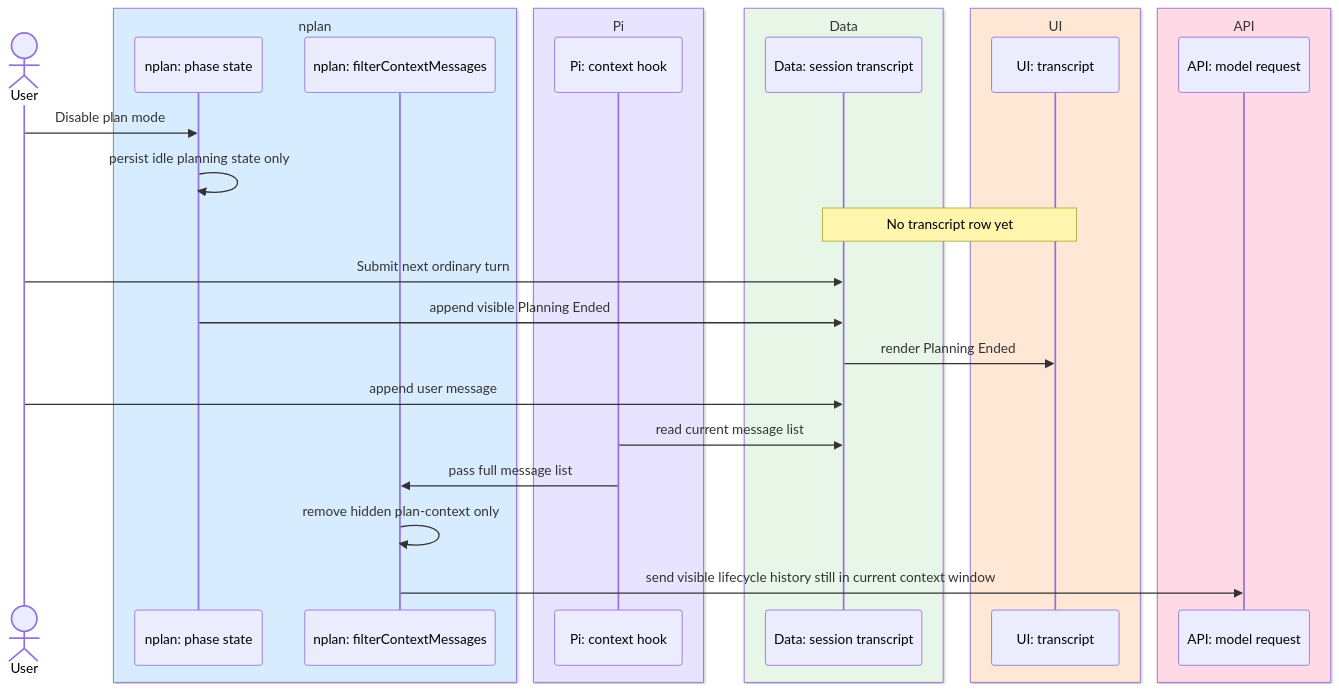
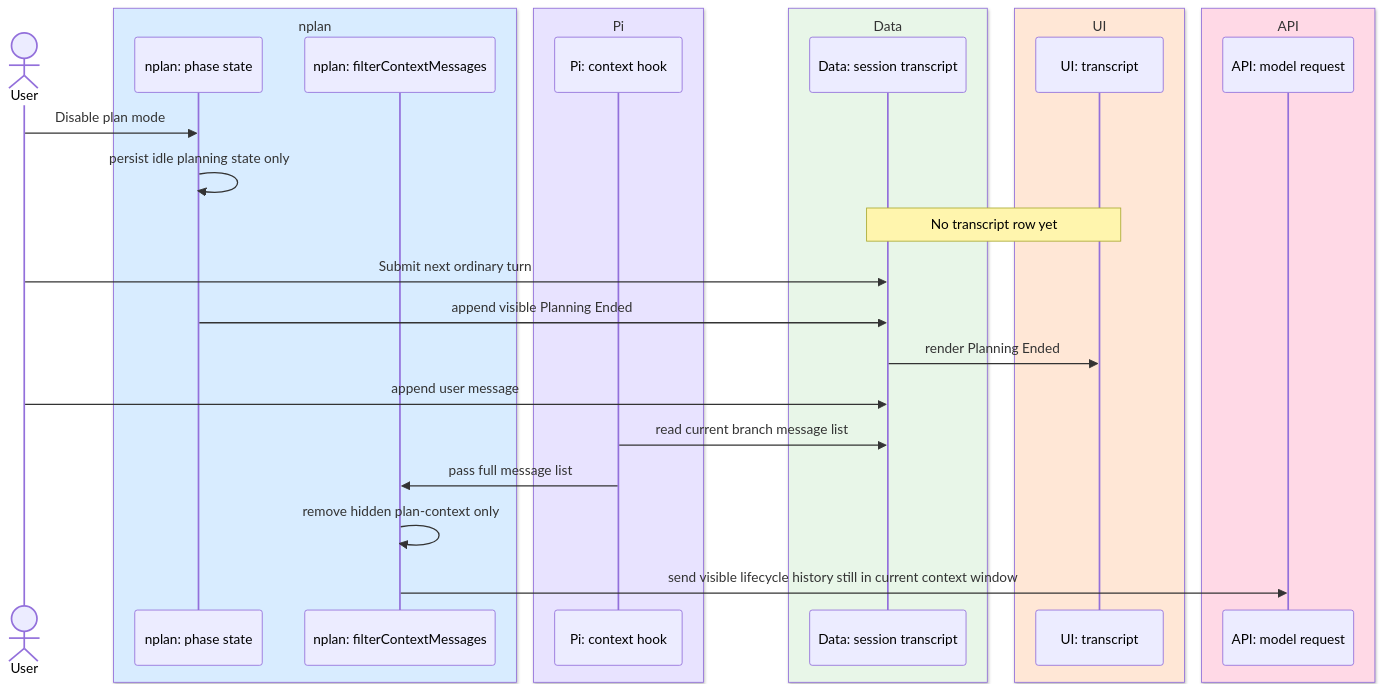
The fourth of 6 diagrams in docs/planning-message-lifecycle.md (pyronaur/nplan), drawn with Mermaid before and after one commit. The commit also changed other lines of this file, not shown here.

````diff
--- a/docs/planning-message-lifecycle.md
+++ b/docs/planning-message-lifecycle.md
@@ -134,32 +141,32 @@
 ```mermaid
 sequenceDiagram
     actor U as User
     box rgb(216,236,255) nplan
         participant N as nplan: phase state
         participant F as nplan: filterContextMessages
     end
     box rgb(232,227,255) Pi
         participant C as Pi: context hook
     end
     box rgb(232,246,232) Data
         participant S as Data: session transcript
     end
     box rgb(255,231,214) UI
         participant UI as UI: transcript
     end
     box rgb(255,217,230) API
         participant M as API: model request
     end
 
     U->>N: Disable plan mode
     N->>N: persist idle planning state only
     Note over S,UI: No transcript row yet
     U->>S: Submit next ordinary turn
     N->>S: append visible Planning Ended
     S->>UI: render Planning Ended
     U->>S: append user message
-    C->>S: read current message list
+    C->>S: read current branch message list
     C->>F: pass full message list
     F->>F: remove hidden plan-context only
     F->>M: send visible lifecycle history still in current context window
 ```
````
